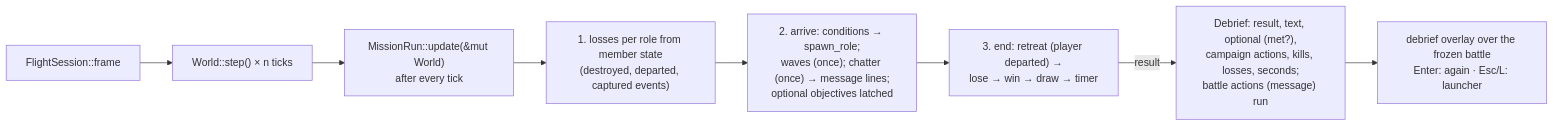
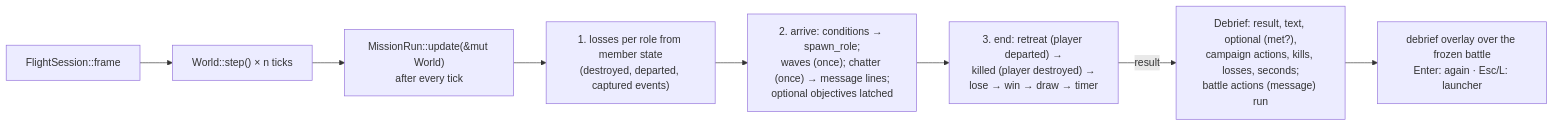
One commit to bbogovich/OpenInterceptor changed the second of 2 diagrams in docs/implementation/architecture/mission.md. Above: the diagram before and after it, drawn with Mermaid. The commit also changed other lines of this file and 37 other files, not shown here.

````diff
--- a/docs/implementation/architecture/mission.md
+++ b/docs/implementation/architecture/mission.md
@@ -28,10 +28,10 @@
 ```mermaid
 flowchart LR
     FS["FlightSession::frame"] --> STEP["World::step() × n ticks"]
     STEP --> UP["MissionRun::update(&mut World)<br/>after every tick"]
     UP --> L1["1. losses per role from member state<br/>(destroyed, departed, captured events)"]
     L1 --> L2["2. arrive: conditions → spawn_role;<br/>waves (once); chatter (once) → message lines;<br/>optional objectives latched"]
-    L2 --> L3["3. end: retreat (player departed) →<br/>lose → win → draw → timer"]
+    L2 --> L3["3. end: retreat (player departed) →<br/>killed (player destroyed) →<br/>lose → win → draw → timer"]
     L3 -->|result| DB["Debrief: result, text, optional (met?),<br/>campaign actions, kills, losses, seconds;<br/>battle actions (message) run"]
     DB --> OV["debrief overlay over the frozen battle<br/>Enter: again · Esc/L: launcher"]
 ```
````
